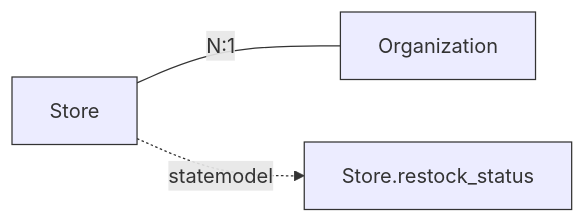
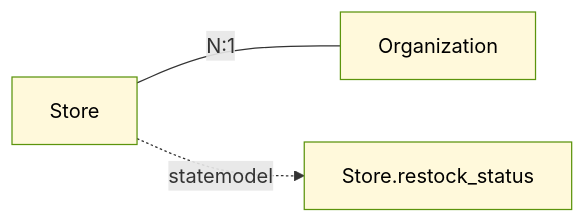
One commit to manji-0/rdra-ish-dsl changed the sixth of 11 diagrams in docs/diagram-sample-review.md. Above: the diagram before and after it, drawn with Mermaid. The commit also changed other lines of this file and 76 other files, not shown here.

First line of the commit message:
feat(cli): colour each RDRA element family in the flowchart diagrams

````diff
--- a/docs/diagram-sample-review.md
+++ b/docs/diagram-sample-review.md
@@ -432,13 +432,13 @@
 ```mermaid
 %% rdra-ish diagram=information scope=whole model=samples/incremental-order/step-6-business-rules/src
 %% kinds: entity statemodel
 %% omitted: columns usecase screen api
 flowchart LR
   entity__Organization["Organization"]:::entity
   entity__Store["Store"]:::entity
   statemodel__Store_restock_status["Store.restock_status"]:::statemodel
   entity__Store ---|N:1| entity__Organization
   entity__Store -.->|statemodel| statemodel__Store_restock_status
-  classDef entity stroke:#333;
-  classDef statemodel stroke:#333;
+  classDef entity fill:#fff9db,stroke:#5c940d,color:#000;
+  classDef statemodel fill:#fff9db,stroke:#5c940d,color:#000;
 ```
````
